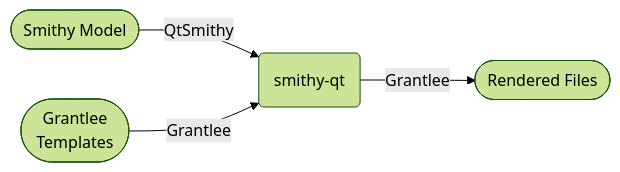
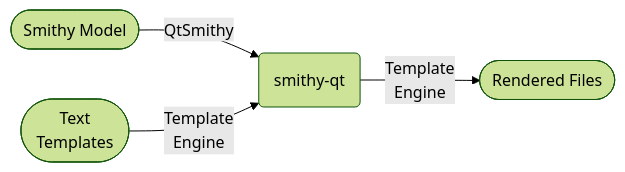
One commit to pcolby/smithy-qt changed the first of 2 diagrams in README.md. Above: the diagram before and after it, drawn with Mermaid (forest theme).

Commit message:
Generalise the template engine

````diff
--- a/README.md
+++ b/README.md
@@ -25,6 +25,6 @@
 ```mermaid
 graph LR
   model(["Smithy Model"]) --QtSmithy--> smithy-qt("smithy-qt")
-  templates(["Grantlee<br/>Templates"]) --Grantlee--> smithy-qt
-  smithy-qt --Grantlee--> output(["Rendered Files"])
+  templates(["Text<br/>Templates"]) --Template<br/>Engine--> smithy-qt
+  smithy-qt --Template<br/>Engine--> output(["Rendered Files"])
 ```
````
